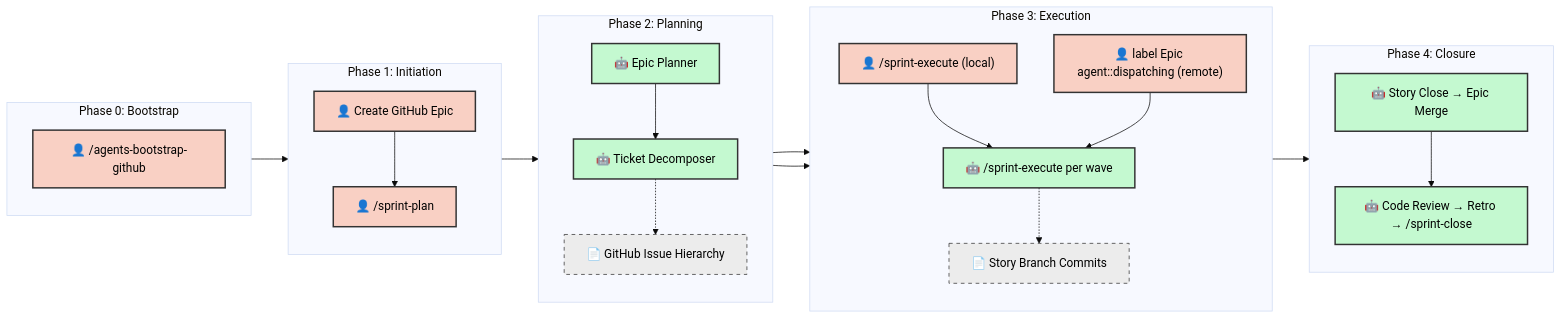
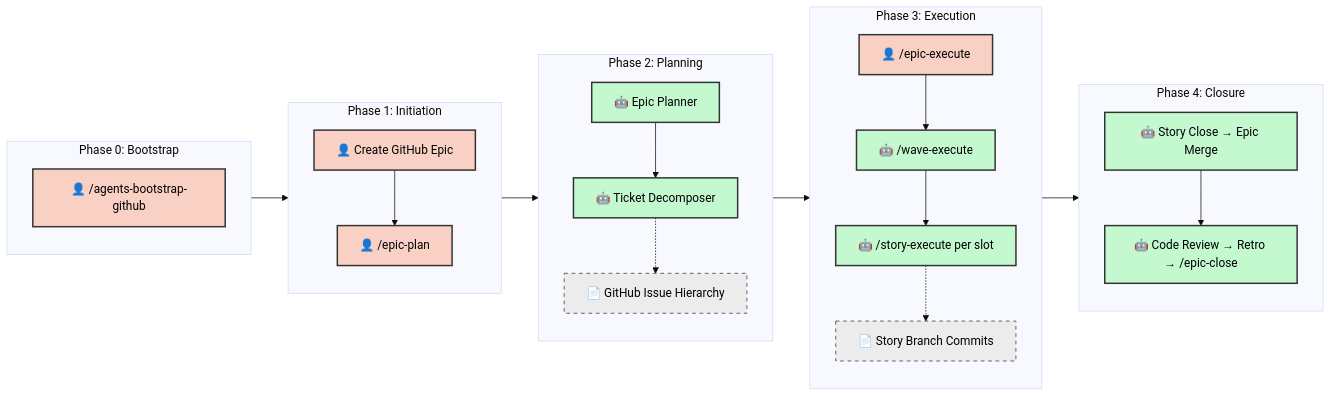
The diagram in .agents/SDLC.md (dsj1984/mandrel), drawn with Mermaid (base theme) before and after one commit. The commit also changed other lines of this file and 7 other files, not shown here.

````diff
--- a/.agents/SDLC.md
+++ b/.agents/SDLC.md
@@ -75,49 +75,48 @@
 ```mermaid
 graph LR
     classDef manual fill:#f9d0c4,stroke:#333,stroke-width:2px,color:#000;
     classDef agentic fill:#c4f9d0,stroke:#333,stroke-width:2px,color:#000;
     classDef artifact fill:#ececec,stroke:#333,stroke-width:1px,stroke-dasharray: 5 5,color:#000;
 
     subgraph Phase0 ["Phase 0: Bootstrap"]
         direction TB
         Z["👤 /agents-bootstrap-github"]:::manual
     end
 
     subgraph Phase1 ["Phase 1: Initiation"]
         direction TB
         A["👤 Create GitHub Epic"]:::manual
-        B["👤 /sprint-plan"]:::manual
+        B["👤 /epic-plan"]:::manual
         A --> B
     end
 
     subgraph Phase2 ["Phase 2: Planning"]
         direction TB
         C["🤖 Epic Planner"]:::agentic
         D["🤖 Ticket Decomposer"]:::agentic
         C --> D
         D -.-> D_Art["📄 GitHub Issue Hierarchy"]:::artifact
     end
 
     subgraph Phase3 ["Phase 3: Execution"]
         direction TB
-        E1["👤 /sprint-execute <epicId> (local)"]:::manual
-        E2["👤 label Epic agent::dispatching (remote)"]:::manual
-        F["🤖 /sprint-execute <storyId> per wave"]:::agentic
-        E1 --> F
-        E2 --> F
+        E["👤 /epic-execute <epicId>"]:::manual
+        W["🤖 /wave-execute <epicId> <waveN>"]:::agentic
+        F["🤖 /story-execute <storyId> per slot"]:::agentic
+        E --> W
+        W --> F
         F -.-> F_Art["📄 Story Branch Commits"]:::artifact
     end
 
     subgraph Phase4 ["Phase 4: Closure"]
         direction TB
         G["🤖 Story Close → Epic Merge"]:::agentic
-        H["🤖 Code Review → Retro → /sprint-close"]:::agentic
+        H["🤖 Code Review → Retro → /epic-close"]:::agentic
         G --> H
     end
 
     Z --> A
     B --> C
-    D --> E1
-    D --> E2
+    D --> E
     F --> G
 ```
````
